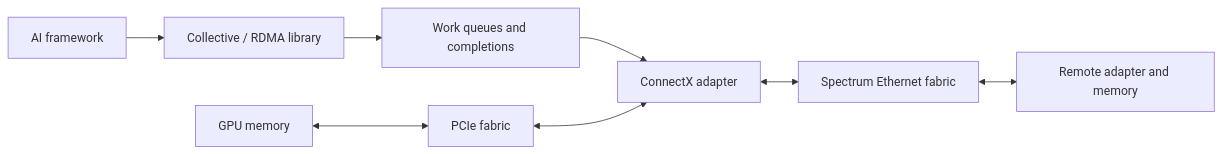
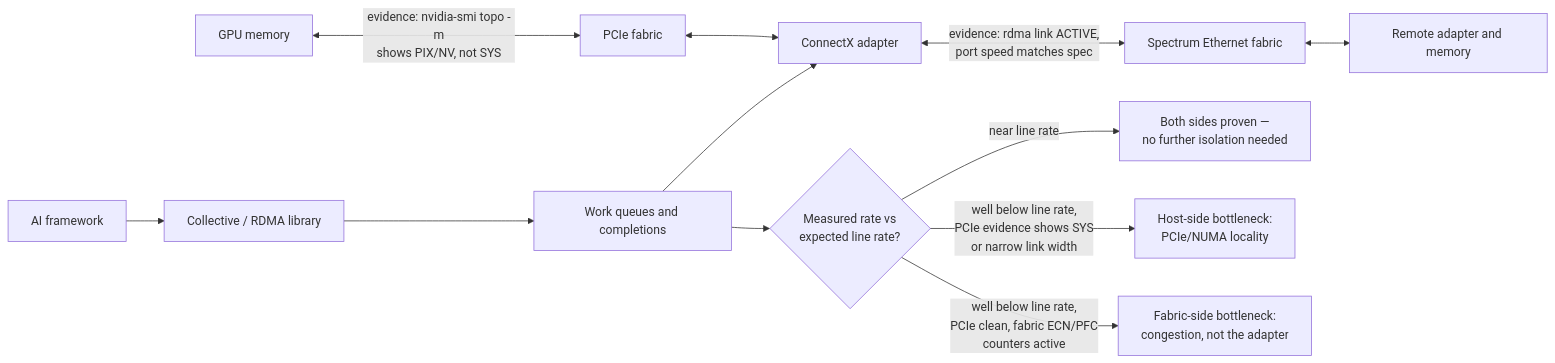
Before and after one commit to jithinpnjm/nvidia-devops: the first of 3 diagrams in docs/nvidia-zero-to-hero/volume-09/chapter-08-connectx-ethernet-adapters.md, drawn with Mermaid. The commit also changed other lines of this file, not shown here.

First line of the commit message:
Depth rework: chapter 08 (ConnectX Ethernet Adapters) complete

````diff
--- a/docs/nvidia-zero-to-hero/volume-09/chapter-08-connectx-ethernet-adapters.md
+++ b/docs/nvidia-zero-to-hero/volume-09/chapter-08-connectx-ethernet-adapters.md
@@ -41,10 +41,15 @@
 ```mermaid
 flowchart LR
-    App[AI framework] --> Lib[Collective / RDMA library]
-    Lib --> QP[Work queues and completions]
-    QP --> NIC[ConnectX adapter]
-    GPU[GPU memory] <--> PCIe[PCIe fabric]
+    App["AI framework"] --> Lib["Collective / RDMA library"]
+    Lib --> QP["Work queues and completions"]
+    QP --> NIC["ConnectX adapter"]
+    GPU["GPU memory"] <-->|"evidence: nvidia-smi topo -m\nshows PIX/NV, not SYS"| PCIe["PCIe fabric"]
     PCIe <--> NIC
-    NIC <--> SW[Spectrum Ethernet fabric]
-    SW <--> RN[Remote adapter and memory]
+    NIC <-->|"evidence: rdma link ACTIVE,\nport speed matches spec"| SW["Spectrum Ethernet fabric"]
+    SW <--> RN["Remote adapter and memory"]
+    RATE{"Measured rate vs\nexpected line rate?"}
+    QP --> RATE
+    RATE -->|"near line rate"| OK["Both sides proven —\nno further isolation needed"]
+    RATE -->|"well below line rate,\nPCIe evidence shows SYS\nor narrow link width"| LOCAL["Host-side bottleneck:\nPCIe/NUMA locality"]
+    RATE -->|"well below line rate,\nPCIe clean, fabric ECN/PFC\ncounters active"| FABRIC["Fabric-side bottleneck:\ncongestion, not the adapter"]
 ```
````
